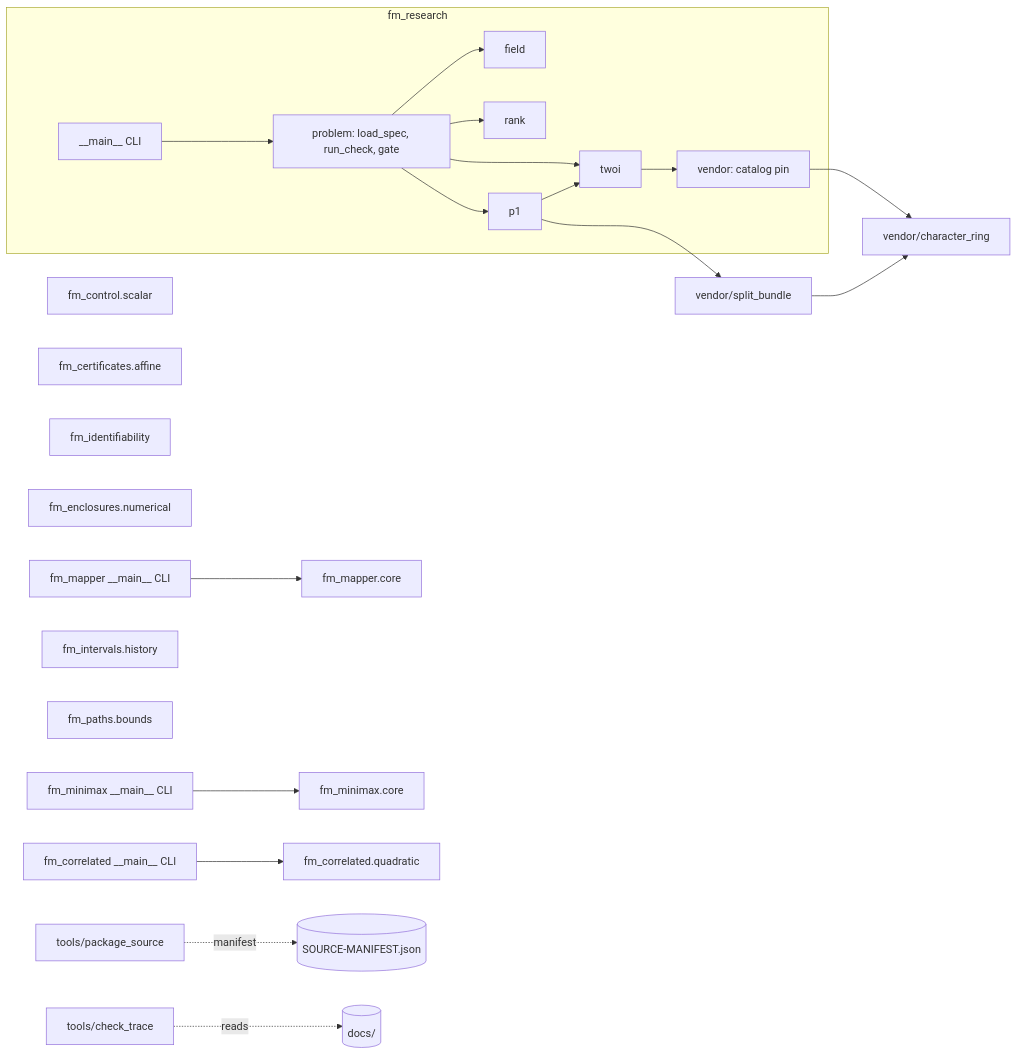
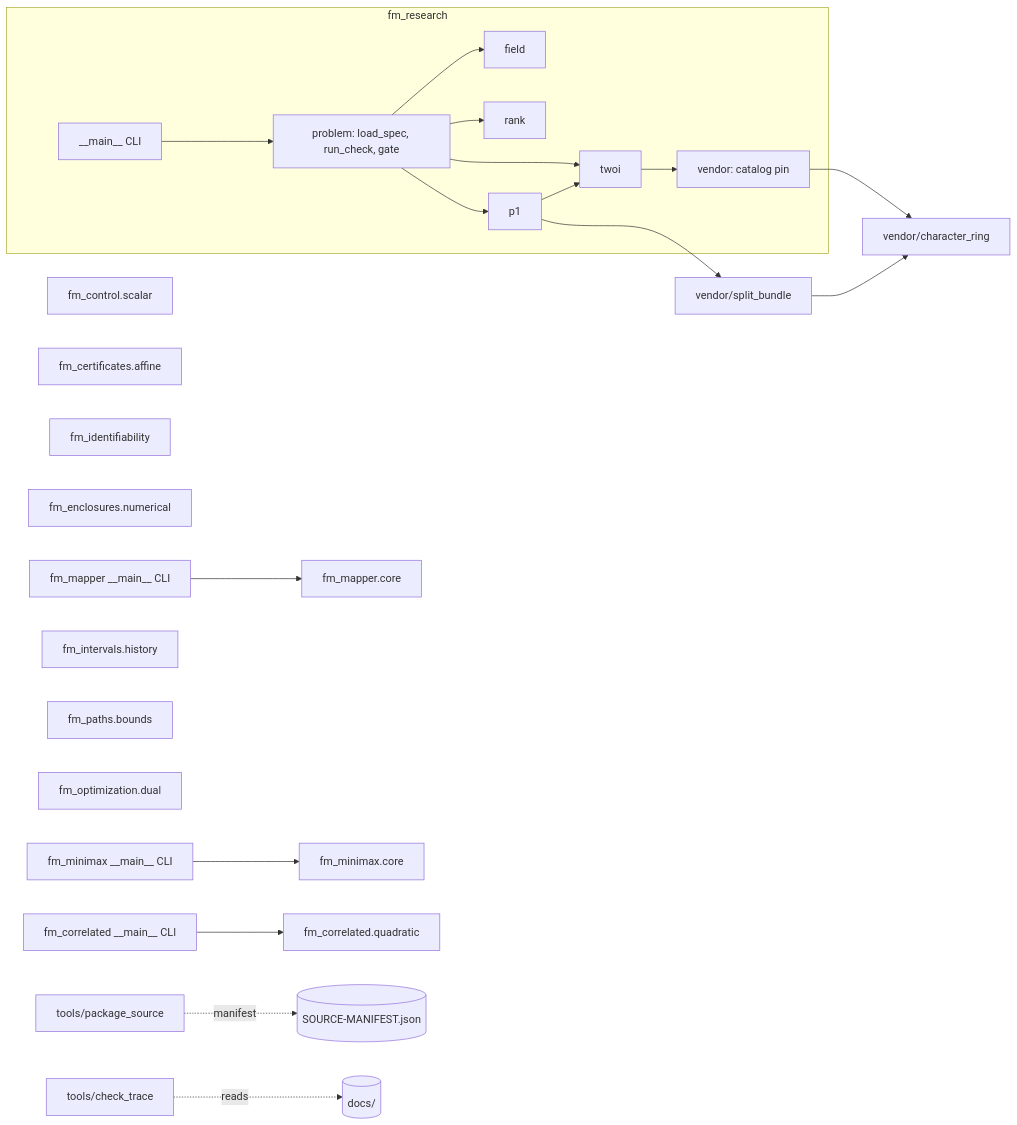
The first of 3 diagrams in docs/architecture/architecture.md (Akilleez-QA/foundation-math), drawn with Mermaid before and after one commit. The commit also changed other lines of this file and 16 other files, not shown here.

````diff
--- a/docs/architecture/architecture.md
+++ b/docs/architecture/architecture.md
@@ -41,23 +41,24 @@
 ```mermaid
 flowchart LR
   subgraph research[fm_research]
     main[__main__ CLI] --> problem[problem: load_spec, run_check, gate]
     problem --> field[field] & rank[rank] & twoi[twoi] & p1[p1]
     twoi --> vendor[vendor: catalog pin]
     p1 --> twoi
   end
   vendor --> cr[vendor/character_ring]
   p1 --> sb[vendor/split_bundle]
   sb --> cr
   mmain[fm_mapper __main__ CLI] --> core[fm_mapper.core]
   control[fm_control.scalar]
   cert[fm_certificates.affine]
   ident[fm_identifiability]
   encl[fm_enclosures.numerical]
   minmain[fm_minimax __main__ CLI] --> minimax[fm_minimax.core]
   cmain[fm_correlated __main__ CLI] --> corr[fm_correlated.quadratic]
   intervals[fm_intervals.history]
   paths[fm_paths.bounds]
+  opt[fm_optimization.dual]
   pkg[tools/package_source] -.manifest.-> manifest[(SOURCE-MANIFEST.json)]
   trace[tools/check_trace] -.reads.-> docs[(docs/)]
 ```
````
